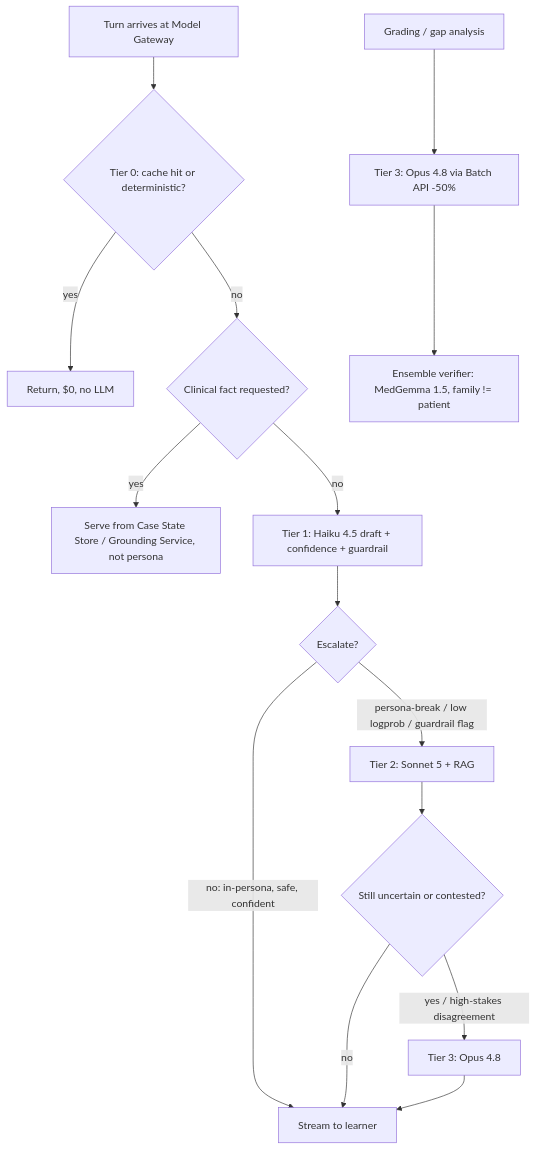
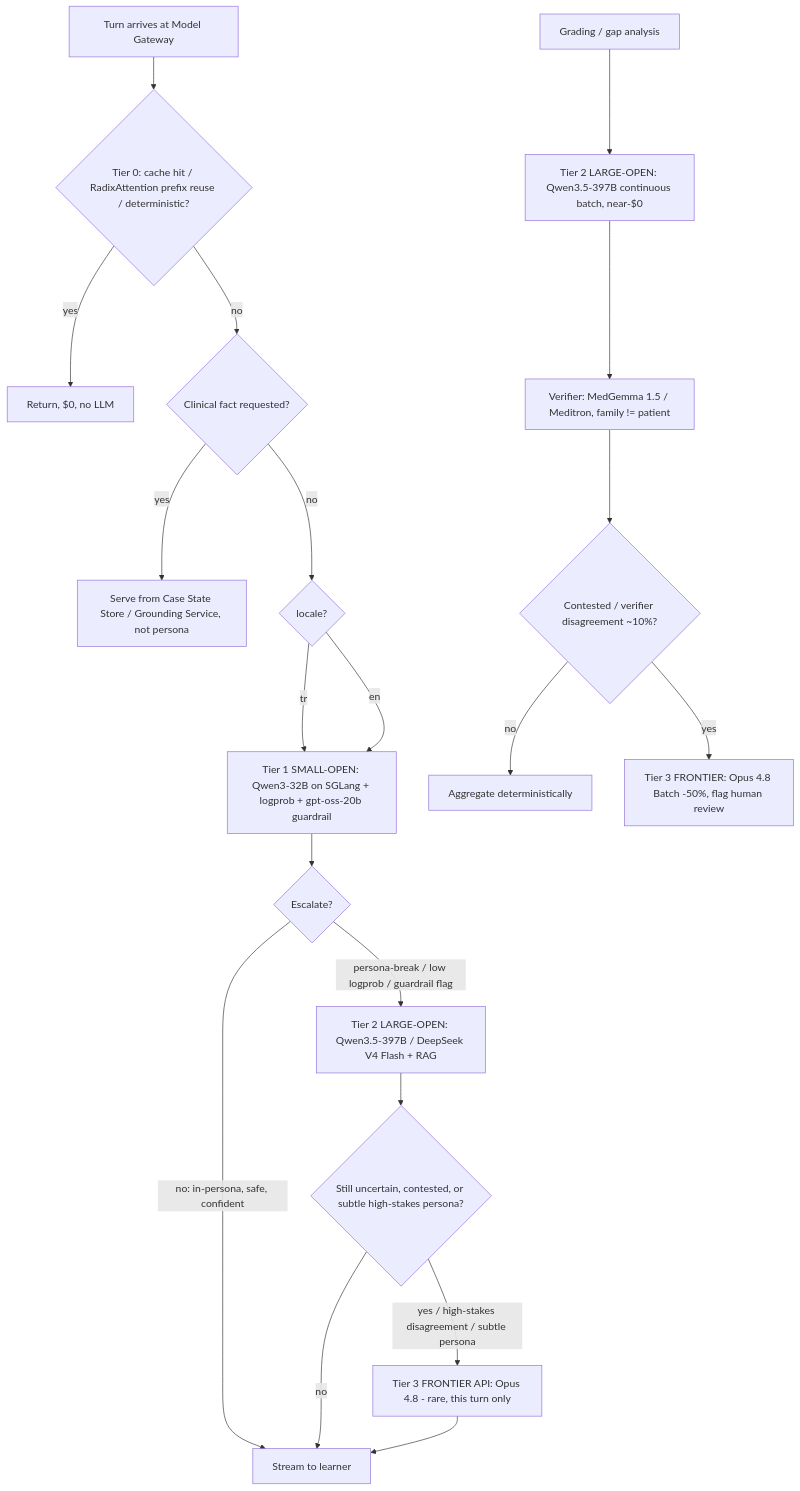
Before and after one commit to ArioMoniri/acudx-simulation: the second of 3 diagrams in docs/architecture/02-model-gateway-and-routing.md, drawn with Mermaid. The commit also changed other lines of this file and 13 other files, not shown here.

````diff
--- a/docs/architecture/02-model-gateway-and-routing.md
+++ b/docs/architecture/02-model-gateway-and-routing.md
@@ -107,17 +124,22 @@
 ```mermaid
 flowchart TD
-  A[Turn arrives at Model Gateway] --> B{Tier 0: cache hit or deterministic?}
+  A[Turn arrives at Model Gateway] --> B{Tier 0: cache hit / RadixAttention prefix reuse / deterministic?}
   B -->|yes| Z[Return, $0, no LLM]
   B -->|no| C{Clinical fact requested?}
   C -->|yes| CS[Serve from Case State Store / Grounding Service, not persona]
-  C -->|no| D[Tier 1: Haiku 4.5 draft + confidence + guardrail]
-  D --> E{Escalate?}
+  C -->|no| L{locale?}
+  L -->|tr| D
+  L -->|en| D
+  D[Tier 1 SMALL-OPEN: Qwen3-32B on SGLang + logprob + gpt-oss-20b guardrail] --> E{Escalate?}
   E -->|no: in-persona, safe, confident| S[Stream to learner]
-  E -->|persona-break / low logprob / guardrail flag| F[Tier 2: Sonnet 5 + RAG]
-  F --> G{Still uncertain or contested?}
+  E -->|persona-break / low logprob / guardrail flag| F[Tier 2 LARGE-OPEN: Qwen3.5-397B / DeepSeek V4 Flash + RAG]
+  F --> G{Still uncertain, contested, or subtle high-stakes persona?}
   G -->|no| S
-  G -->|yes / high-stakes disagreement| H[Tier 3: Opus 4.8]
+  G -->|yes / high-stakes disagreement / subtle persona| H[Tier 3 FRONTIER API: Opus 4.8 - rare, this turn only]
   H --> S
-  I[Grading / gap analysis] --> J[Tier 3: Opus 4.8 via Batch API -50%]
-  J --> K[Ensemble verifier: MedGemma 1.5, family != patient]
+  I[Grading / gap analysis] --> J[Tier 2 LARGE-OPEN: Qwen3.5-397B continuous batch, near-$0]
+  J --> K[Verifier: MedGemma 1.5 / Meditron, family != patient]
+  K --> M{Contested / verifier disagreement ~10%?}
+  M -->|no| N[Aggregate deterministically]
+  M -->|yes| O[Tier 3 FRONTIER: Opus 4.8 Batch -50%, flag human review]
 ```
````
